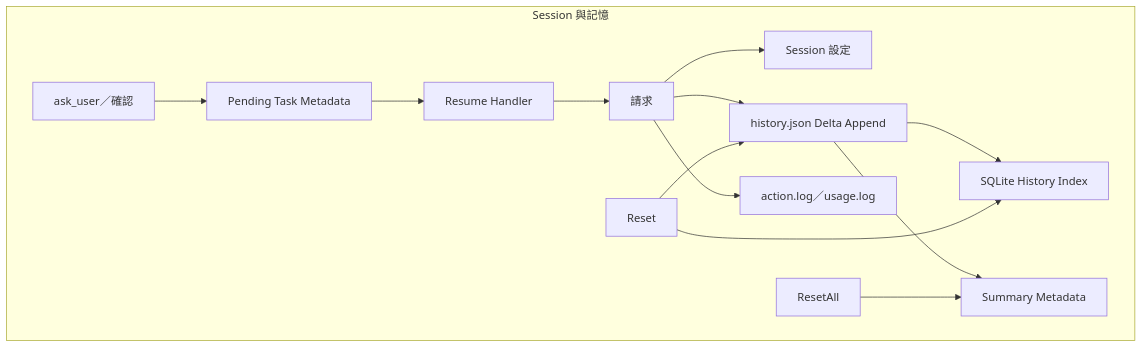
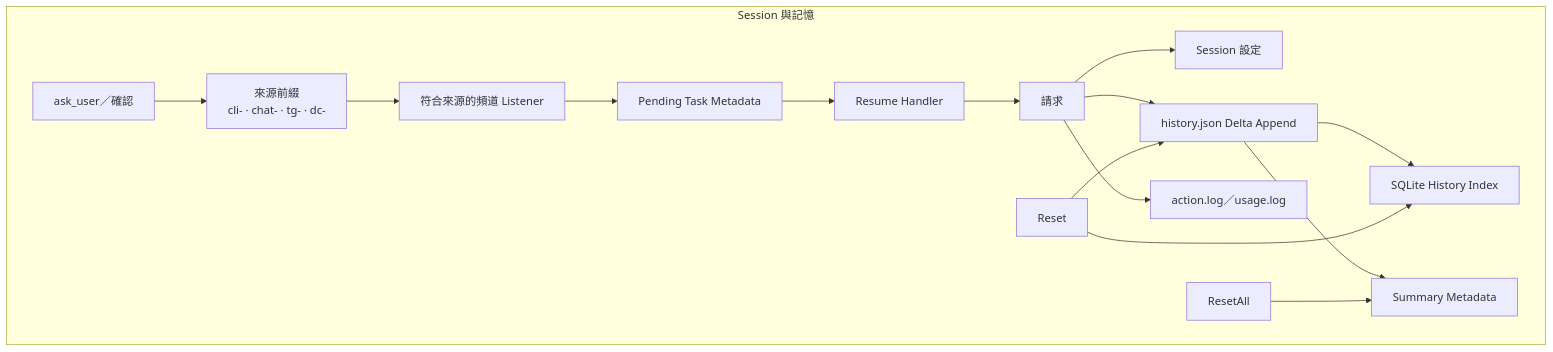
One commit to agenvoy/Agenvoy changed the seventh of 12 diagrams in doc/architecture.zh.md. Above: the diagram before and after it, drawn with Mermaid. The commit also changed other lines of this file and 7 other files, not shown here.

````diff
--- a/doc/architecture.zh.md
+++ b/doc/architecture.zh.md
@@ -138,16 +138,18 @@
 ```mermaid
 graph TB
     subgraph Sessions[Session 與記憶]
         Request[請求] --> Config[Session 設定]
         Request --> History[history.json Delta Append]
         History --> SQLite[SQLite History Index]
         History --> Summary[Summary Metadata]
         Request --> Logs[action.log／usage.log]
-        Pending[ask_user／確認] --> Meta[Pending Task Metadata]
+        Pending[ask_user／確認] --> Origin[來源前綴<br/>cli- · chat- · tg- · dc-]
+        Origin --> MatchListener[符合來源的頻道 Listener]
+        MatchListener --> Meta[Pending Task Metadata]
         Meta --> Resume[Resume Handler]
         Resume --> Request
         Reset[Reset] --> History
         Reset --> SQLite
         ResetAll[ResetAll] --> Summary
     end
 ```
````
